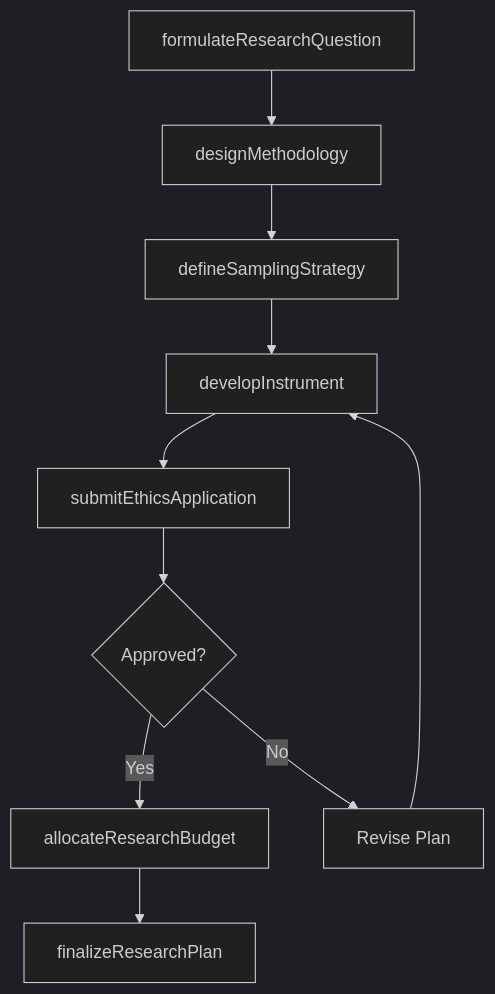
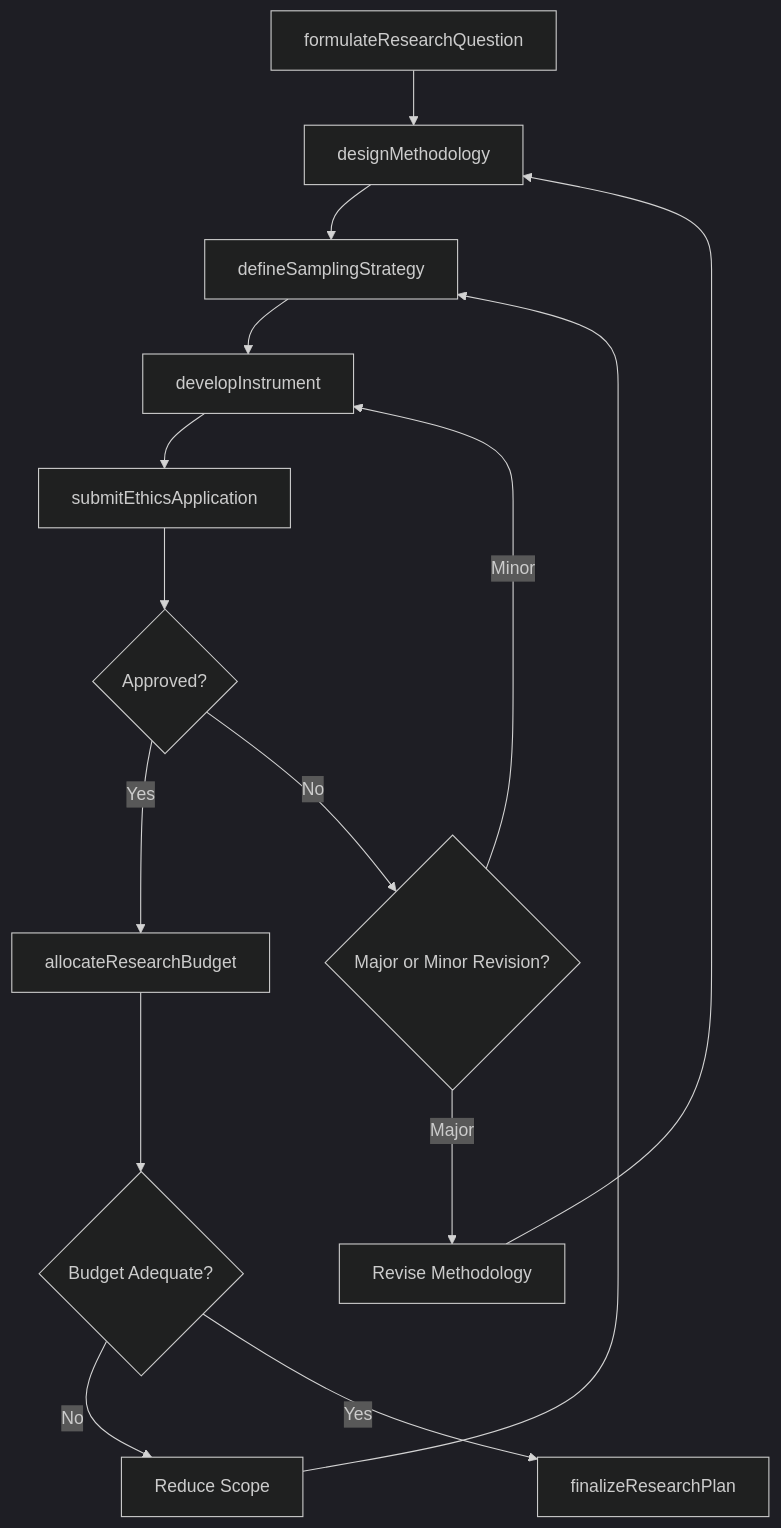
Before and after one commit to dot-org-ai/tasks.org.ai: the third of 4 diagrams in ThinkingCreatively/DevelopResearchPlansOrMethodologies/PlanSocialSciencesResearch.mdx, drawn with Mermaid (dark theme). The commit also changed other lines of this file and 504 other files, not shown here.

First line of the commit message:
feat: Add ER diagrams, state diagrams, and workflow improvements to 96 DWA task files

````diff
--- a/ThinkingCreatively/DevelopResearchPlansOrMethodologies/PlanSocialSciencesResearch.mdx
+++ b/ThinkingCreatively/DevelopResearchPlansOrMethodologies/PlanSocialSciencesResearch.mdx
@@ -86,12 +114,17 @@
 ```mermaid
 graph TD
     A[formulateResearchQuestion] --> B[designMethodology]
     B --> C[defineSamplingStrategy]
     C --> D[developInstrument]
     D --> E[submitEthicsApplication]
     E --> F{Approved?}
     F -->|Yes| G[allocateResearchBudget]
-    F -->|No| H[Revise Plan]
-    H --> D
-    G --> I[finalizeResearchPlan]
+    F -->|No| H{Major or Minor Revision?}
+    H -->|Major| I[Revise Methodology]
+    I --> B
+    H -->|Minor| D
+    G --> J{Budget Adequate?}
+    J -->|No| K[Reduce Scope]
+    K --> C
+    J -->|Yes| L[finalizeResearchPlan]
 ```
````
